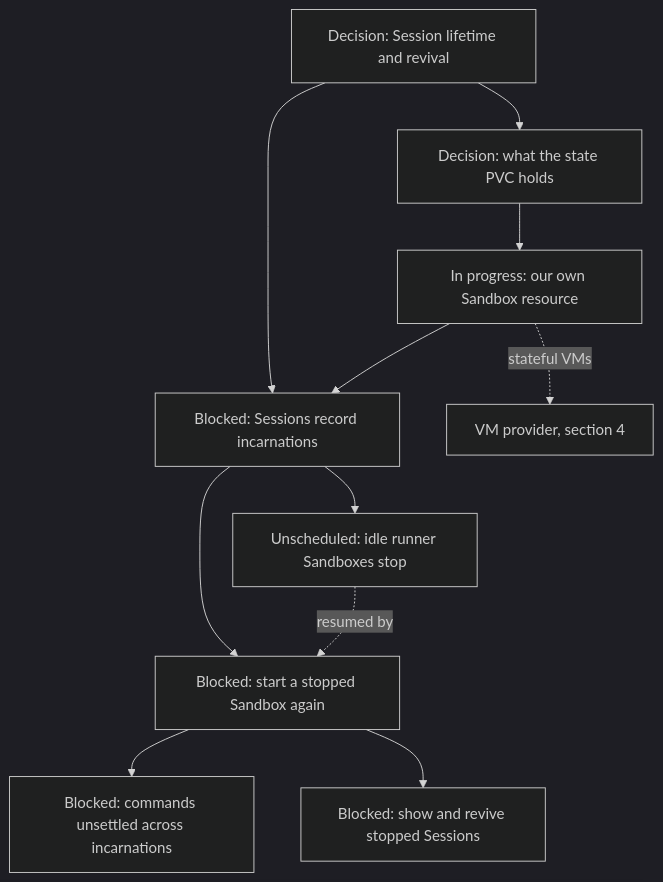
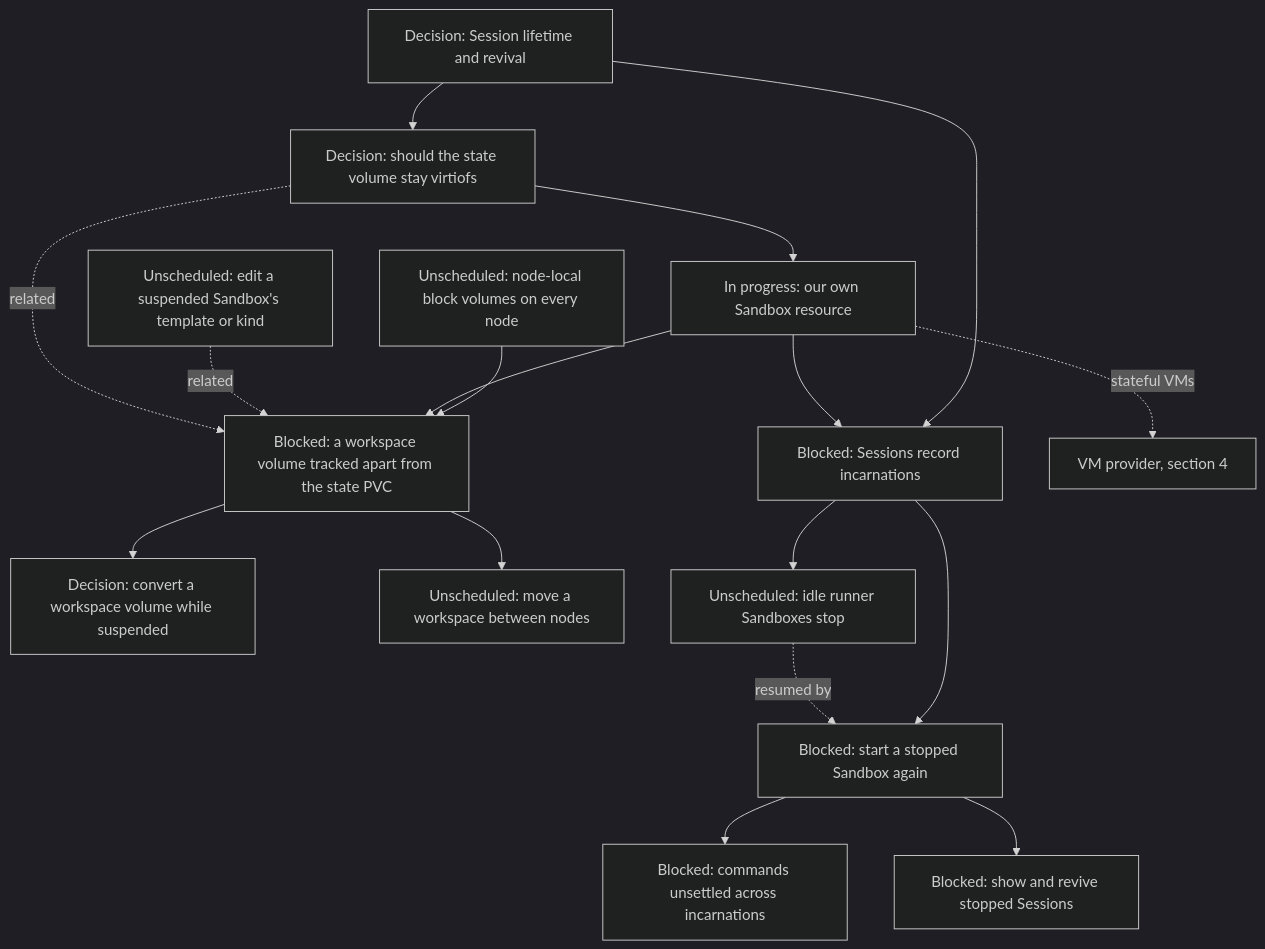
One commit to agentydragon/ducktape changed the ninth of 15 diagrams in agentplane/plans/task_dag.md. Above: the diagram before and after it, drawn with Mermaid (dark theme). The commit also changed other lines of this file, not shown here.

First line of the commit message:
agentplane: split the state volume decision into workspace and block storage nodes

````diff
--- a/agentplane/plans/task_dag.md
+++ b/agentplane/plans/task_dag.md
@@ -663,21 +663,32 @@
 ```mermaid
 flowchart TD
     DURABLE_SESSION_LIFECYCLE[Decision: Session lifetime and revival]
-    SESSION_STATE_VOLUME_DESIGN[Decision: what the state PVC holds]
+    SESSION_STATE_VOLUME_DESIGN[Decision: should the state volume stay virtiofs]
+    NODE_LOCAL_BLOCK_STORAGE[Unscheduled: node-local block volumes on every node]
+    WORKSPACE_VOLUME[Blocked: a workspace volume tracked apart from the state PVC]
+    SANDBOX_SPEC_EDIT[Unscheduled: edit a suspended Sandbox's template or kind]
+    WORKSPACE_CONVERSION[Decision: convert a workspace volume while suspended]
+    WORKSPACE_NODE_PORTABILITY[Unscheduled: move a workspace between nodes]
     AGENTPLANE_SANDBOX_RESOURCE[In progress: our own Sandbox resource]
     SESSION_INCARNATIONS[Blocked: Sessions record incarnations]
     SESSION_REVIVE[Blocked: start a stopped Sandbox again]
     THREAD_SUCCESSOR_DELIVERY[Blocked: commands unsettled across incarnations]
     HOSTED_THREAD_SURFACES[Blocked: show and revive stopped Sessions]
     VM_PROVIDER[VM provider, section 4]
     DURABLE_SESSION_LIFECYCLE --> SESSION_STATE_VOLUME_DESIGN
     DURABLE_SESSION_LIFECYCLE --> SESSION_INCARNATIONS
     SESSION_STATE_VOLUME_DESIGN --> AGENTPLANE_SANDBOX_RESOURCE
+    NODE_LOCAL_BLOCK_STORAGE --> WORKSPACE_VOLUME
+    AGENTPLANE_SANDBOX_RESOURCE --> WORKSPACE_VOLUME
+    WORKSPACE_VOLUME --> WORKSPACE_CONVERSION
+    WORKSPACE_VOLUME --> WORKSPACE_NODE_PORTABILITY
+    SANDBOX_SPEC_EDIT -. related .-> WORKSPACE_VOLUME
+    SESSION_STATE_VOLUME_DESIGN -. related .-> WORKSPACE_VOLUME
     AGENTPLANE_SANDBOX_RESOURCE --> SESSION_INCARNATIONS
     AGENTPLANE_SANDBOX_RESOURCE -. stateful VMs .-> VM_PROVIDER
     SESSION_INCARNATIONS --> SESSION_REVIVE
     SESSION_INCARNATIONS --> SANDBOX_IDLE_EXPIRY[Unscheduled: idle runner Sandboxes stop]
     SANDBOX_IDLE_EXPIRY -. resumed by .-> SESSION_REVIVE
     SESSION_REVIVE --> THREAD_SUCCESSOR_DELIVERY
     SESSION_REVIVE --> HOSTED_THREAD_SURFACES
 ```
````
